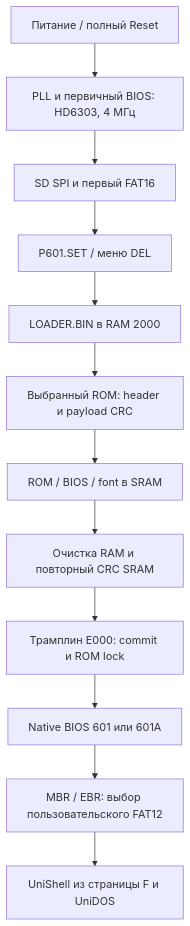
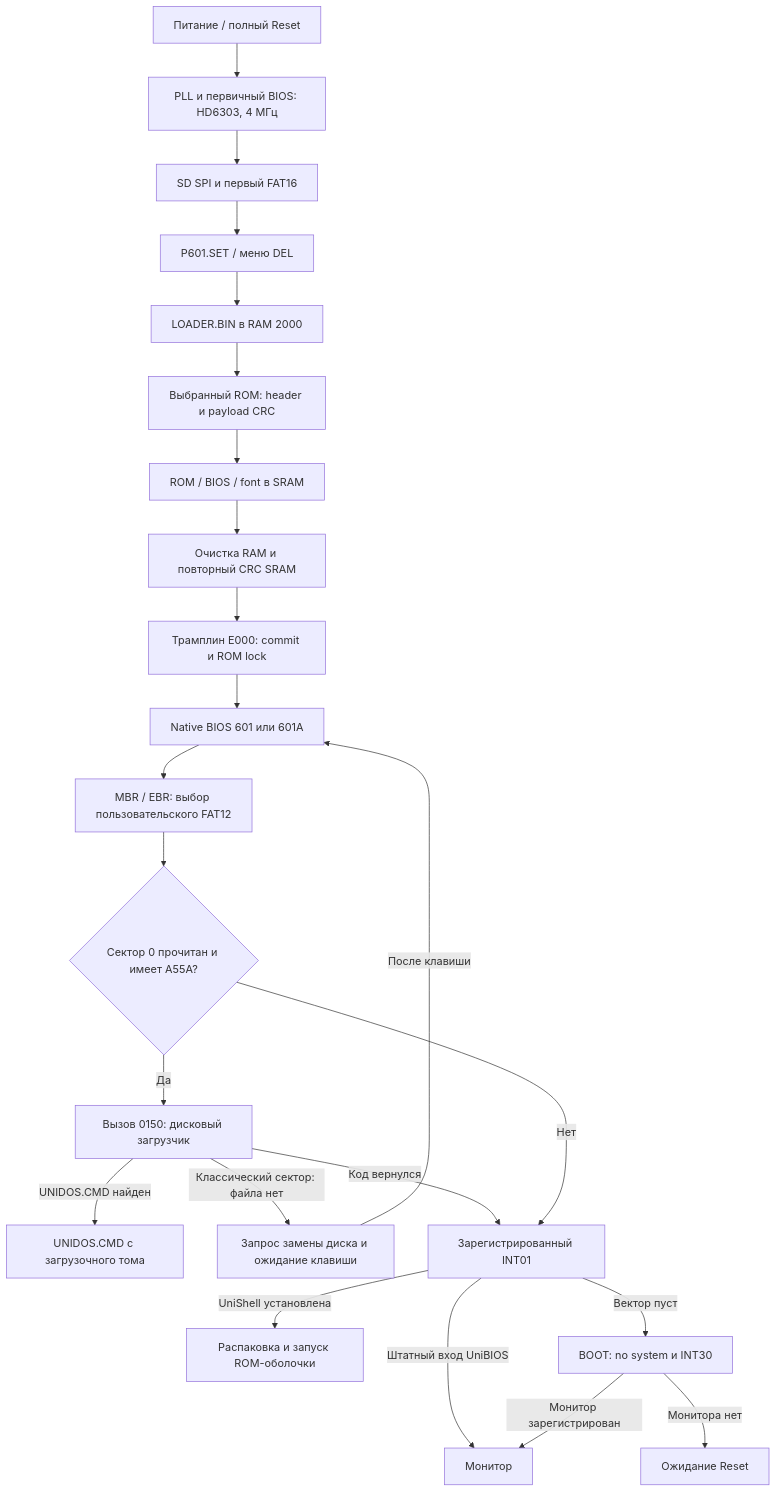
The diagram in pyldin601-fpga/docs/BOOT.md (pdaxrom/pyldin601), drawn with Mermaid before and after one commit. The commit also changed other lines of this file and 75 other files, not shown here.

First line of the commit message:
Decouple ROM services and move graphics/audio scratch to banked RAM

````diff
--- a/pyldin601-fpga/docs/BOOT.md
+++ b/pyldin601-fpga/docs/BOOT.md
@@ -9,14 +9,25 @@
 ```mermaid
 flowchart TD
     A[Питание / полный Reset] --> B[PLL и первичный BIOS: HD6303, 4 МГц]
     B --> C[SD SPI и первый FAT16]
     C --> D[P601.SET / меню DEL]
     D --> E[LOADER.BIN в RAM 2000]
     E --> F[Выбранный ROM: header и payload CRC]
     F --> G[ROM / BIOS / font в SRAM]
     G --> H[Очистка RAM и повторный CRC SRAM]
     H --> I[Трамплин E000: commit и ROM lock]
     I --> J[Native BIOS 601 или 601А]
     J --> K[MBR / EBR: выбор пользовательского FAT12]
-    K --> L[UniShell из страницы F и UniDOS]
+    K --> L{Сектор 0 прочитан и имеет A55A?}
+    L -->|Да| M[Вызов 0150: дисковый загрузчик]
+    M -->|UNIDOS.CMD найден| N[UNIDOS.CMD с загрузочного тома]
+    M -->|Классический сектор: файла нет| T[Запрос замены диска и ожидание клавиши]
+    T -->|После клавиши| J
+    M -->|Код вернулся| O[Зарегистрированный INT01]
+    L -->|Нет| O
+    O -->|UniShell установлена| P[Распаковка и запуск ROM-оболочки]
+    O -->|Штатный вход UniBIOS| Q[Монитор]
+    O -->|Вектор пуст| R[BOOT: no system и INT30]
+    R -->|Монитор зарегистрирован| Q
+    R -->|Монитора нет| S[Ожидание Reset]
 ```
````
